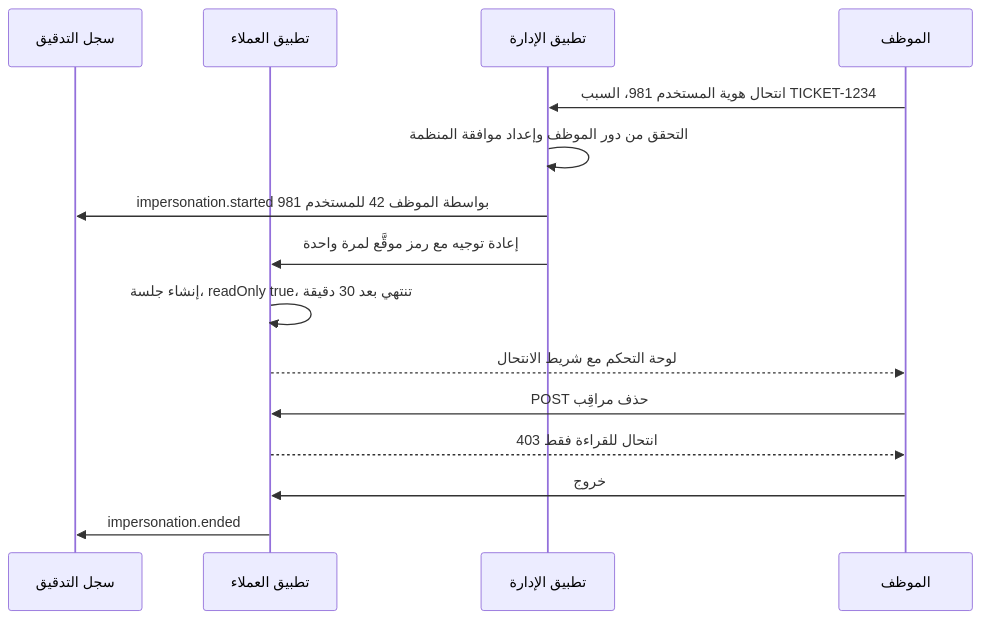
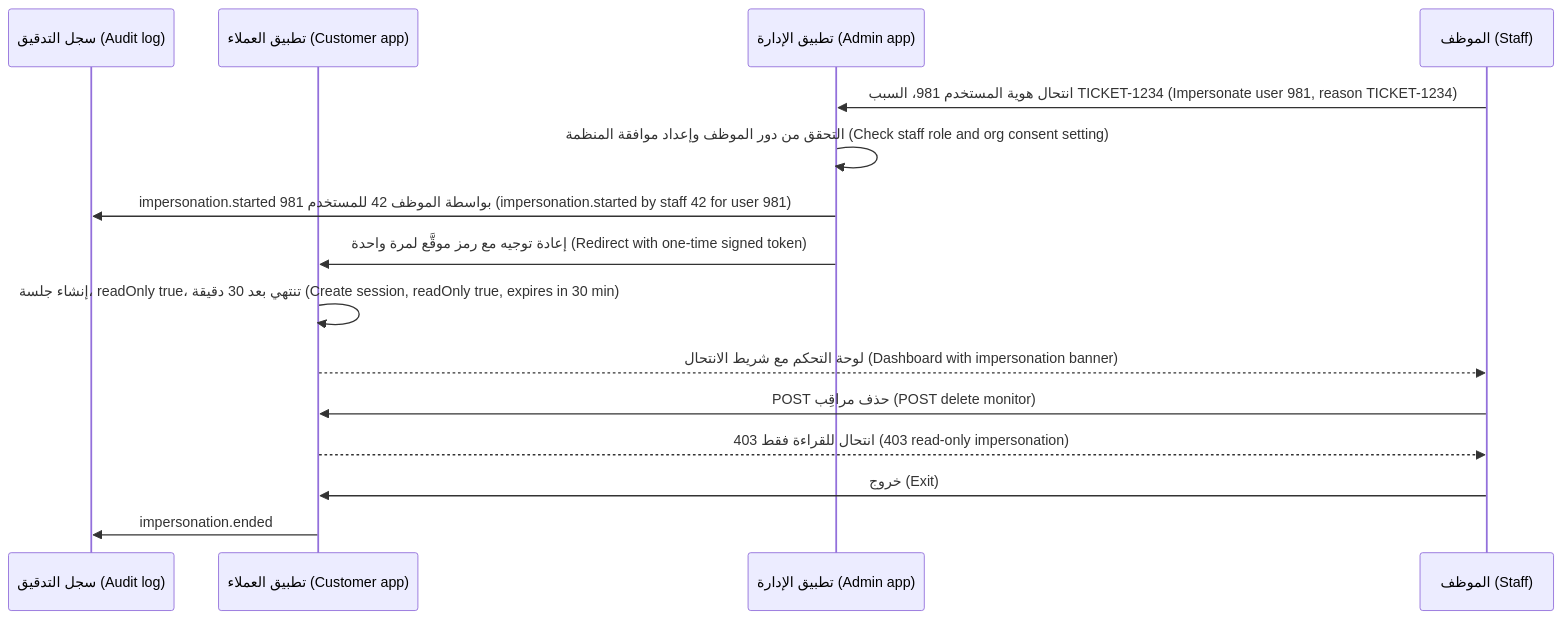
One commit to Tamoura/system-design-for-vibe-coders changed the second of 7 diagrams in saas/modules/07-operations.ar.md. Above: the diagram before and after it, drawn with Mermaid. The commit also changed other lines of this file and 62 other files, not shown here.

First line of the commit message:
Arabic editions: English on every diagram label, RTL fixes, rebuild

````diff
--- a/saas/modules/07-operations.ar.md
+++ b/saas/modules/07-operations.ar.md
@@ -92,17 +92,17 @@
 ```mermaid
 sequenceDiagram
-    participant L as سجل التدقيق
-    participant C as تطبيق العملاء
-    participant A as تطبيق الإدارة
-    participant S as الموظف
-  S->>A: انتحال هوية المستخدم 981، السبب TICKET-1234
-  A->>A: التحقق من دور الموظف وإعداد موافقة المنظمة
-  A->>L: impersonation.started بواسطة الموظف 42 للمستخدم 981
-  A->>C: إعادة توجيه مع رمز موقَّع لمرة واحدة
-  C->>C: إنشاء جلسة، readOnly true، تنتهي بعد 30 دقيقة
-  C-->>S: لوحة التحكم مع شريط الانتحال
-  S->>C: POST حذف مراقِب
-  C-->>S: 403 انتحال للقراءة فقط
-  S->>C: خروج
+    participant L as سجل التدقيق (Audit log)
+    participant C as تطبيق العملاء (Customer app)
+    participant A as تطبيق الإدارة (Admin app)
+    participant S as الموظف (Staff)
+  S->>A: انتحال هوية المستخدم 981، السبب TICKET-1234 (Impersonate user 981, reason TICKET-1234)
+  A->>A: التحقق من دور الموظف وإعداد موافقة المنظمة (Check staff role and org consent setting)
+  A->>L: impersonation.started بواسطة الموظف 42 للمستخدم 981 (impersonation.started by staff 42 for user 981)
+  A->>C: إعادة توجيه مع رمز موقَّع لمرة واحدة (Redirect with one-time signed token)
+  C->>C: إنشاء جلسة، readOnly true، تنتهي بعد 30 دقيقة (Create session, readOnly true, expires in 30 min)
+  C-->>S: لوحة التحكم مع شريط الانتحال (Dashboard with impersonation banner)
+  S->>C: POST حذف مراقِب (POST delete monitor)
+  C-->>S: 403 انتحال للقراءة فقط (403 read-only impersonation)
+  S->>C: خروج (Exit)
   C->>L: impersonation.ended
 ```
````
